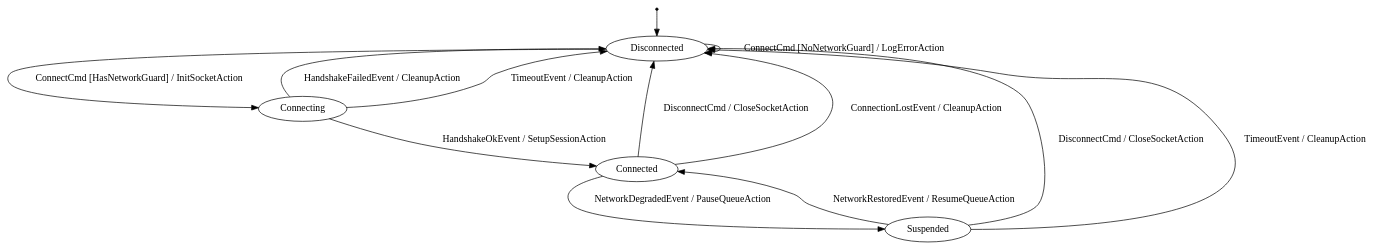
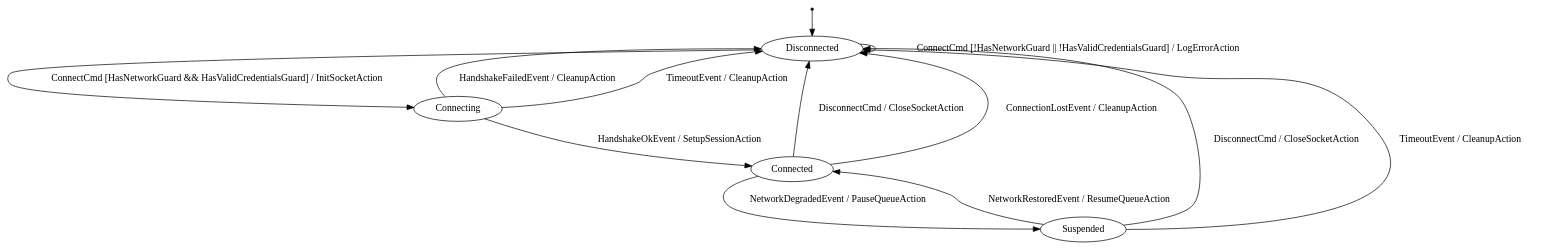
Before and after one commit to simoneCavalleri/fsmc: the diagram in examples/connection_manager/connection.dot, drawn with Graphviz. The commit also changed 12 other files, not shown here.

```diff
--- a/examples/connection_manager/connection.dot
+++ b/examples/connection_manager/connection.dot
@@ -1,19 +1,19 @@
 digraph ConnectionFSM {
     __start__ [shape=point];
     __start__ -> Disconnected;
 
-    Disconnected -> Connecting [label="ConnectCmd [HasNetworkGuard] / InitSocketAction"];
-    Disconnected -> Disconnected [label="ConnectCmd [NoNetworkGuard] / LogErrorAction"];
+    Disconnected -> Connecting [label="ConnectCmd [HasNetworkGuard && HasValidCredentialsGuard] / InitSocketAction"];
+    Disconnected -> Disconnected [label="ConnectCmd [!HasNetworkGuard || !HasValidCredentialsGuard] / LogErrorAction"];
     
     Connecting -> Connected [label="HandshakeOkEvent / SetupSessionAction"];
     Connecting -> Disconnected [label="HandshakeFailedEvent / CleanupAction"];
     Connecting -> Disconnected [label="TimeoutEvent / CleanupAction"];
 
     Connected -> Suspended [label="NetworkDegradedEvent / PauseQueueAction"];
     Connected -> Disconnected [label="DisconnectCmd / CloseSocketAction"];
     Connected -> Disconnected [label="ConnectionLostEvent / CleanupAction"];
 
     Suspended -> Connected [label="NetworkRestoredEvent / ResumeQueueAction"];
     Suspended -> Disconnected [label="DisconnectCmd / CloseSocketAction"];
     Suspended -> Disconnected [label="TimeoutEvent / CleanupAction"];
 }
```
